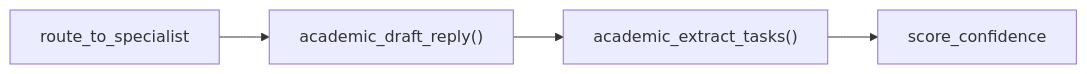
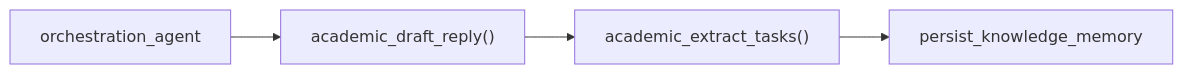
The fifth of 10 diagrams in backend/docs/STATE_GRAPHS.md (Samurai493/InboxPilotAI), drawn with Mermaid before and after one commit. The commit also changed other lines of this file and 30 other files, not shown here.

Commit message:
Added Knowledge Graphs, LLM token usage, persistent processed results

````diff
--- a/backend/docs/STATE_GRAPHS.md
+++ b/backend/docs/STATE_GRAPHS.md
@@ -82,6 +85,6 @@
 ```mermaid
 flowchart LR
-    route_to_specialist --> academic_draft["academic_draft_reply()"]
+    orchestration_agent --> academic_draft["academic_draft_reply()"]
     academic_draft --> academic_extract["academic_extract_tasks()"]
-    academic_extract --> score_confidence
+    academic_extract --> persist_knowledge_memory
 ```
````
